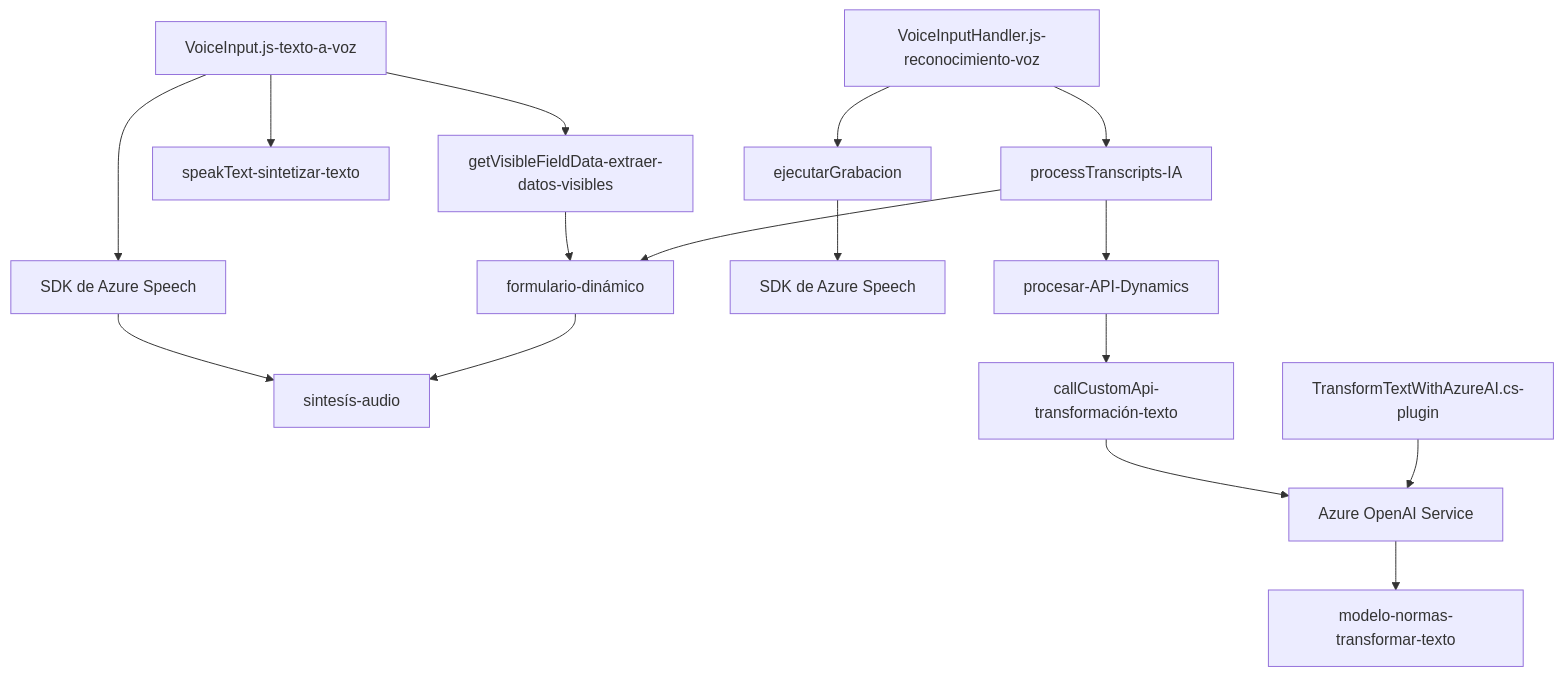
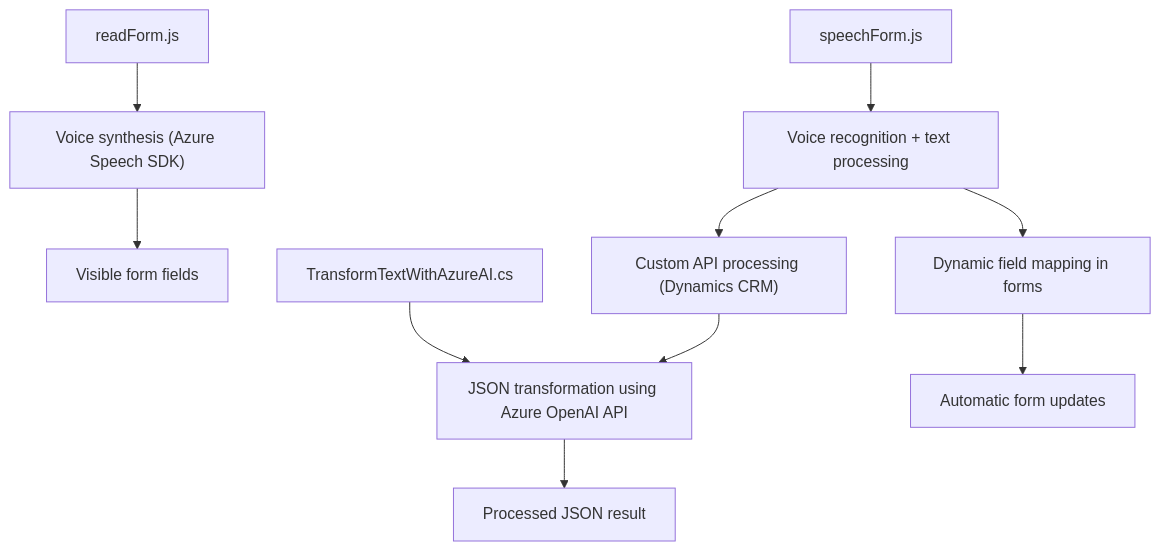
The diagram in README.md (blopezdm/NETCORE_BILBAO2025), drawn with Mermaid before and after one commit. The commit also changed other lines of this file, not shown here.

````diff
--- a/README.md
+++ b/README.md
@@ -50,22 +34,12 @@
 ```mermaid
 graph TD
-    A["VoiceInput.js-texto-a-voz"] --> B["SDK de Azure Speech"]
-    A --> C["getVisibleFieldData-extraer-datos-visibles"]
-    A --> D["speakText-sintetizar-texto"]
-    C --> E["formulario-dinámico"]
-    B --> F["sintesís-audio"]
-    E --> F
-
-    X["VoiceInputHandler.js-reconocimiento-voz"] --> Y["ejecutarGrabacion"]
-    X --> Z["processTranscripts-IA"]
-    Y --> L["SDK de Azure Speech"]
-    Z --> E
-    Z --> M["procesar-API-Dynamics"]
-
-    M --> N["callCustomApi-transformación-texto"]
-    N --> S["Azure OpenAI Service"]
-
-    P["TransformTextWithAzureAI.cs-plugin"] --> S
-
-    S --> Q["modelo-normas-transformar-texto"]
+    A["readForm.js"] --> B["Voice synthesis (Azure Speech SDK)"]
+    C["speechForm.js"] --> D["Voice recognition + text processing"]
+    D --> G["Custom API processing (Dynamics CRM)"]
+    E["TransformTextWithAzureAI.cs"] --> F["JSON transformation using Azure OpenAI API"]
+    B --> I["Visible form fields"]
+    D --> J["Dynamic field mapping in forms"]
+    F --> K["Processed JSON result"]
+    J --> L["Automatic form updates"]
+    G --> F
 ```
````
